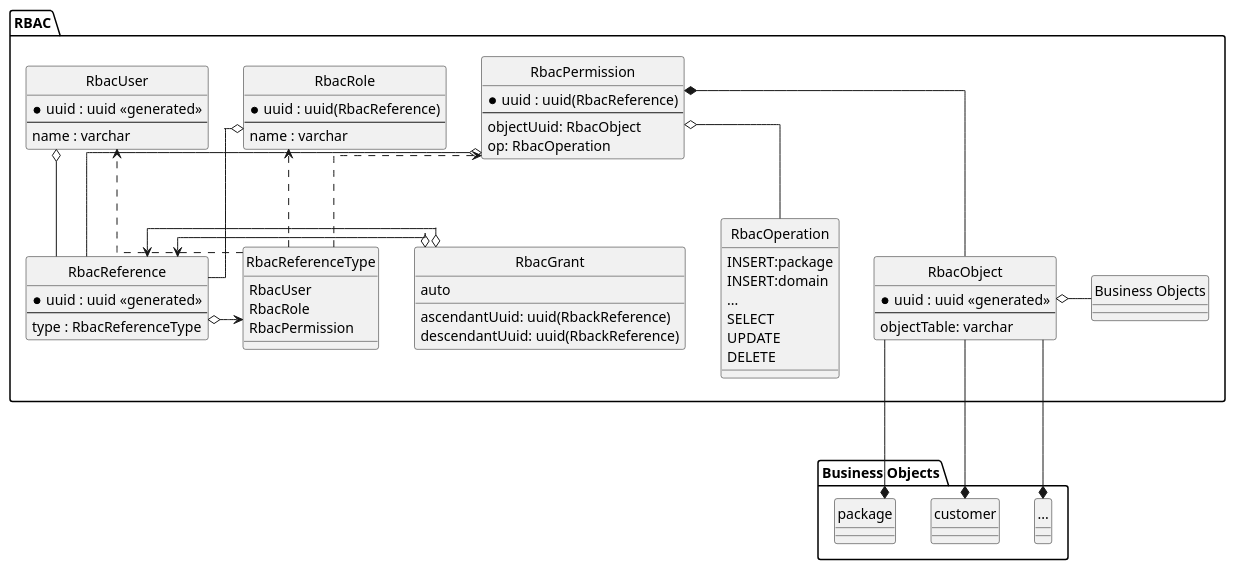
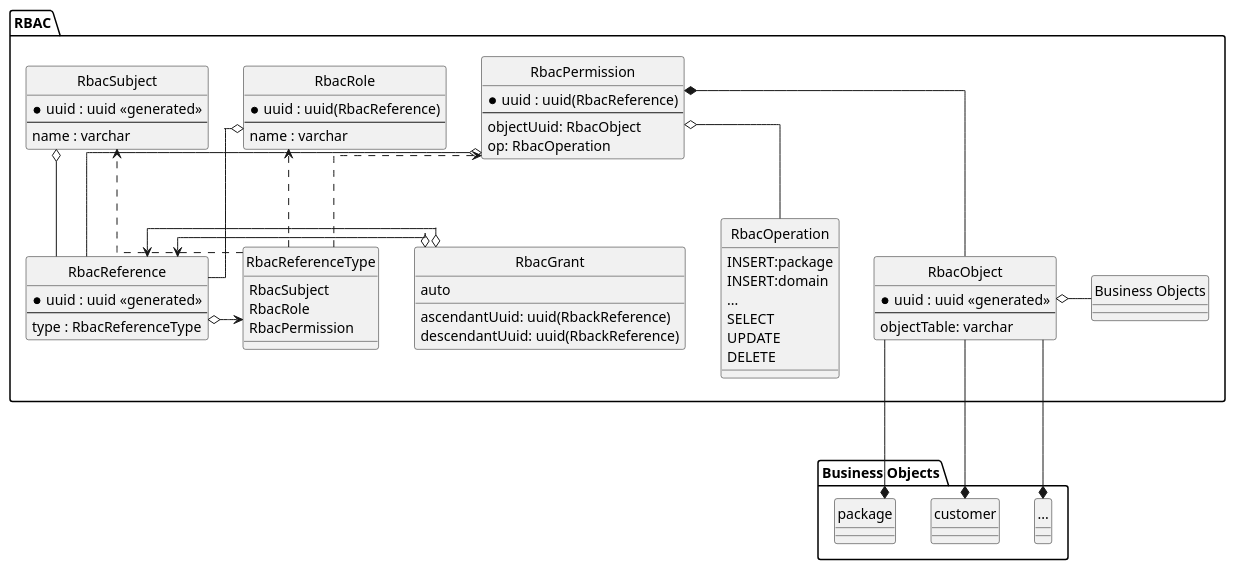
Before and after one commit to mhoennig/hs.hsadmin.ng: the first of 5 diagrams in doc/rbac.md, drawn with PlantUML. The commit also changed other lines of this file and 347 other files, not shown here.

Commit message:
introduce separate database-schemas base+rbac (#103)

```diff
--- a/doc/rbac.md
+++ b/doc/rbac.md
@@ -29,7 +29,7 @@
 package RBAC {
 
     ' forward declarations    
-    entity RbacUser
+    entity RbacSubject
     
     together {
         
@@ -37,8 +37,8 @@
         entity RbacPermission
  
         
-        RbacUser -[hidden]> RbacRole
-        RbacRole -[hidden]> RbacUser
+        RbacSubject -[hidden]> RbacRole
+        RbacRole -[hidden]> RbacSubject
     }
    
     together {
@@ -57,11 +57,11 @@
     RbacGrant o-u-> RbacReference
     
     enum RbacReferenceType {
-        RbacUser
+        RbacSubject
         RbacRole
         RbacPermission
     }
-    RbacReferenceType ..> RbacUser
+    RbacReferenceType ..> RbacSubject
     RbacReferenceType ..> RbacRole
     RbacReferenceType ..> RbacPermission
     
@@ -71,12 +71,12 @@
         type : RbacReferenceType
     }
     RbacReference o--> RbacReferenceType  
-    entity RbacUser {
+    entity RbacSubject {
         *uuid : uuid <<generated>>
         --
         name : varchar
     }
-    RbacUser o-- RbacReference
+    RbacSubject o-- RbacReference
     
     entity RbacRole {
         *uuid : uuid(RbacReference)
```
